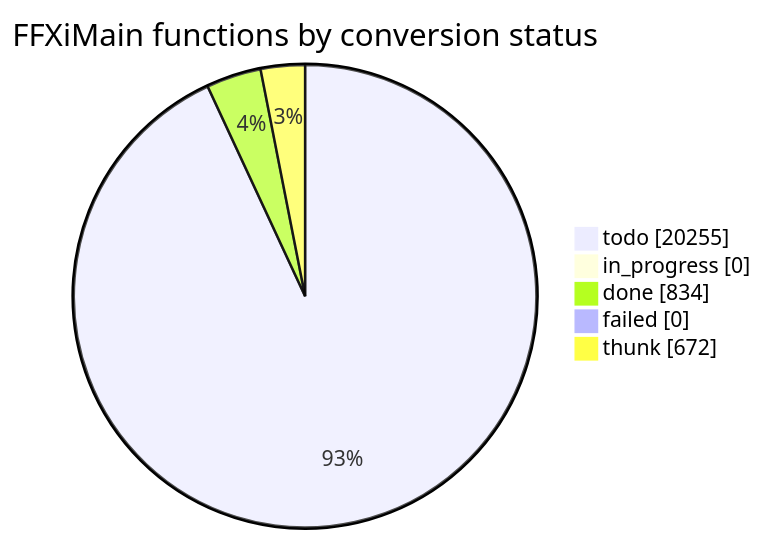
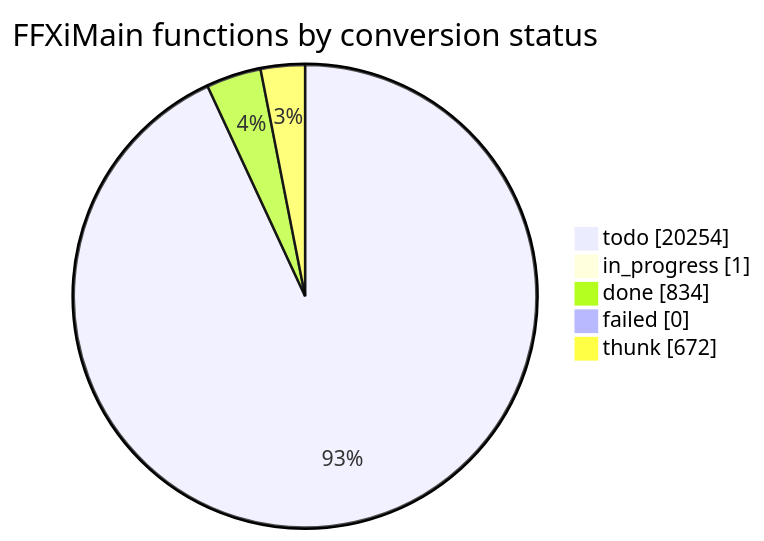
The diagram in docs/cow/STATUS.md (cowrevenge/cow_kuluu_xi_anything), drawn with Mermaid before and after one commit. The commit also changed other lines of this file and 5 other files, not shown here.

````diff
--- a/docs/cow/STATUS.md
+++ b/docs/cow/STATUS.md
@@ -21,9 +18,9 @@
 ```mermaid
 pie showData
     title FFXiMain functions by conversion status
-    "todo" : 20255
-    "in_progress" : 0
+    "todo" : 20254
+    "in_progress" : 1
     "done" : 834
     "failed" : 0
     "thunk" : 672
 ```
````
